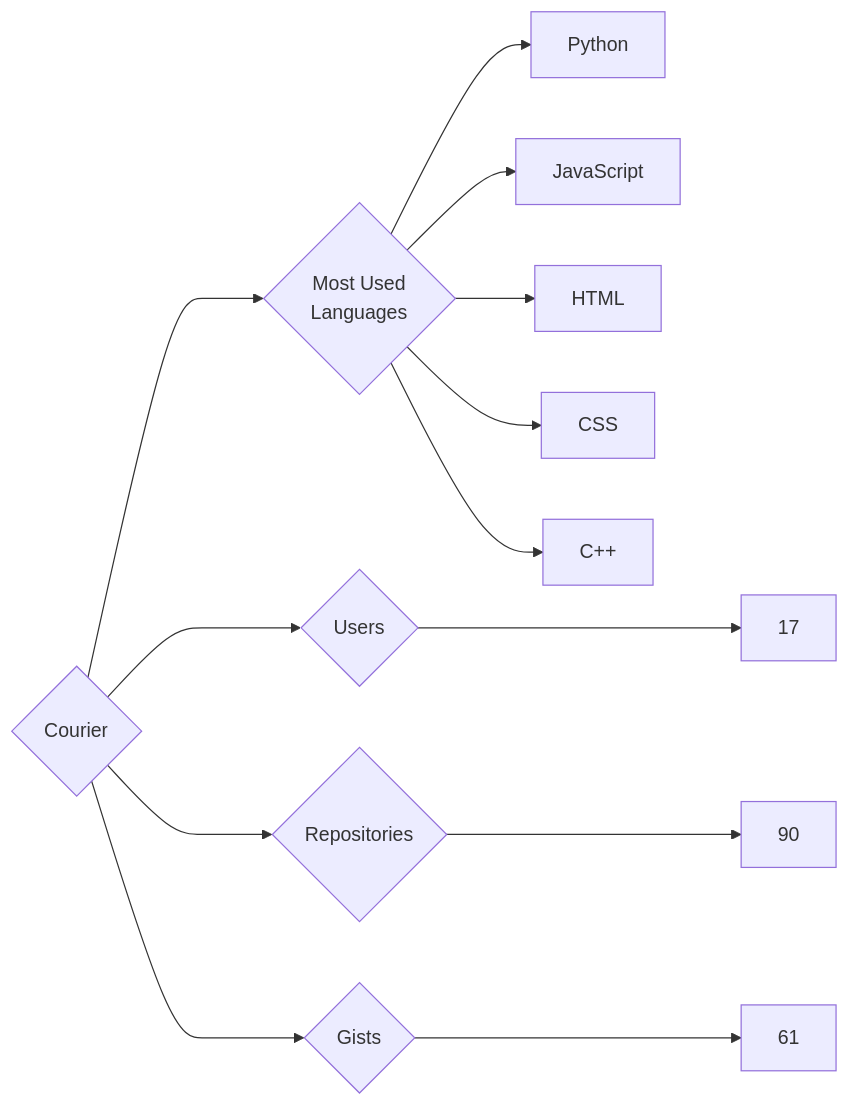
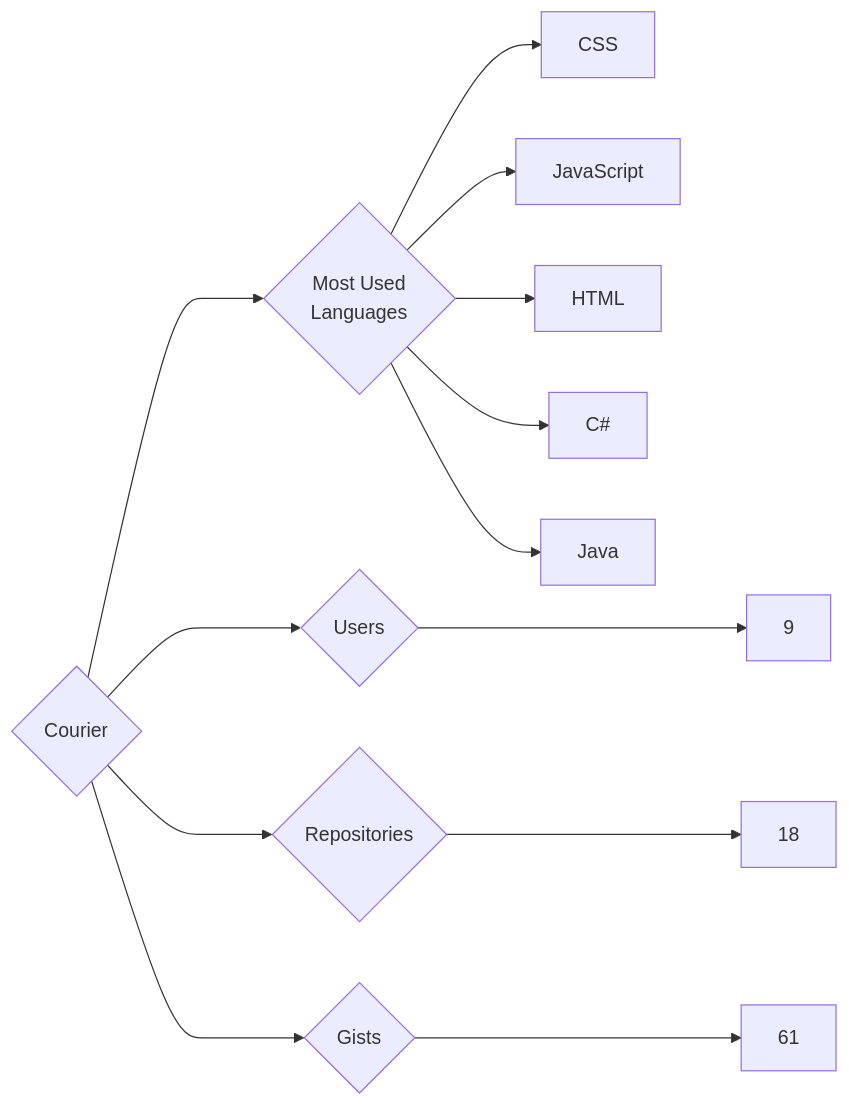
Before and after one commit to trickest/insiders: the diagram in targets/Courier/README.md, drawn with Mermaid. The commit also changed 838 other files, not shown here.

````diff
--- a/targets/Courier/README.md
+++ b/targets/Courier/README.md
@@ -3,13 +3,13 @@
 ```mermaid
 graph LR
 COMPANY_NAME{Courier}
-COMPANY_NAME ---> U{Users} ---> UN[17]
-COMPANY_NAME ---> R{Repositories} ---> RN[90]
+COMPANY_NAME ---> U{Users} ---> UN[9]
+COMPANY_NAME ---> R{Repositories} ---> RN[18]
 COMPANY_NAME ---> G{Gists} ---> GN[61]
 COMPANY_NAME ---> ML{Most Used<br>Languages}
-ML --> Python[Python]
+ML --> CSS[CSS]
 ML --> JavaScript[JavaScript]
 ML --> HTML[HTML]
-ML --> CSS[CSS]
-ML --> C++[C++]
+ML --> C#[C#]
+ML --> Java[Java]
 ```
````
